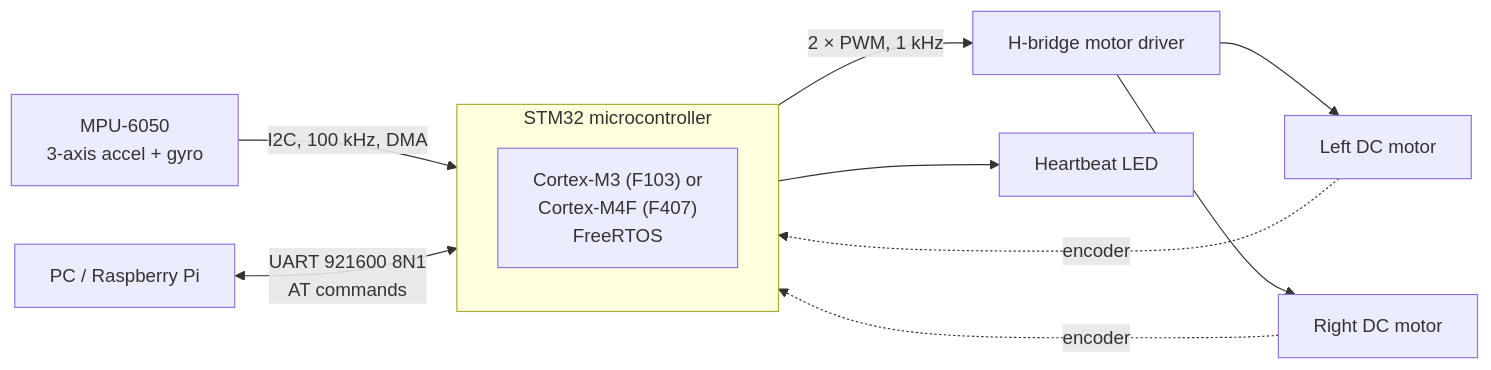
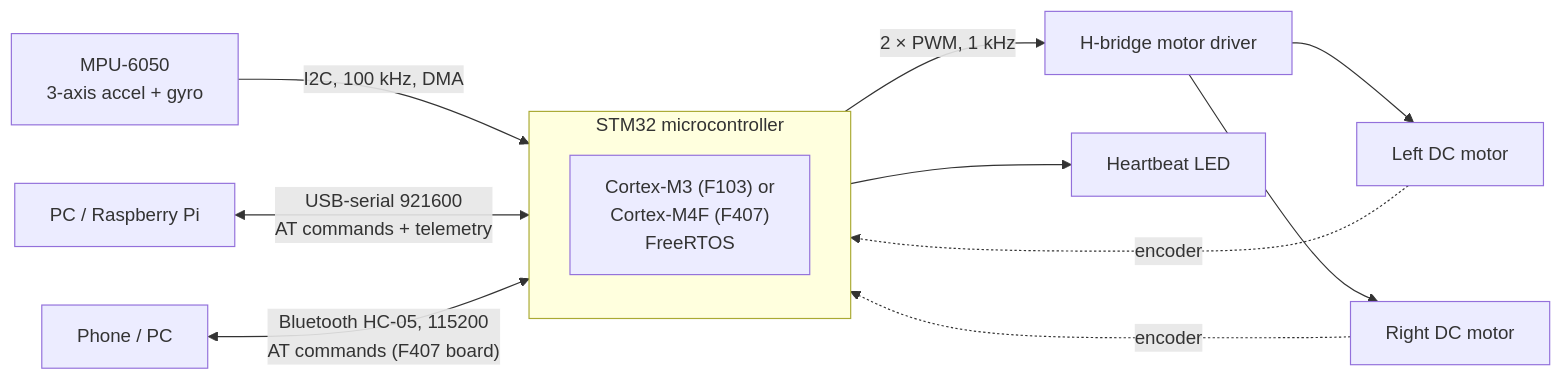
Before and after one commit to machadothi/balancing_robot: the first of 3 diagrams in docs/01-system-overview.md, drawn with Mermaid. The commit also changed other lines of this file and 30 other files, not shown here.

````diff
--- a/docs/01-system-overview.md
+++ b/docs/01-system-overview.md
@@ -18,14 +18,15 @@
 ```mermaid
 flowchart LR
     IMU["MPU-6050<br/>3-axis accel + gyro"] -->|"I2C, 100 kHz, DMA"| MCU
     subgraph MCU["STM32 microcontroller"]
         CPU["Cortex-M3 (F103) or<br/>Cortex-M4F (F407)<br/>FreeRTOS"]
     end
     MCU -->|"2 × PWM, 1 kHz"| DRV["H-bridge motor driver"]
     DRV --> ML["Left DC motor"]
     DRV --> MR["Right DC motor"]
     ML -.->|"encoder"| MCU
     MR -.->|"encoder"| MCU
-    HOST["PC / Raspberry Pi"] <-->|"UART 921600 8N1<br/>AT commands"| MCU
+    HOST["PC / Raspberry Pi"] <-->|"USB-serial 921600<br/>AT commands + telemetry"| MCU
+    PHONE["Phone / PC"] <-->|"Bluetooth HC-05, 115200<br/>AT commands (F407 board)"| MCU
     MCU --> LED["Heartbeat LED"]
 ```
````
